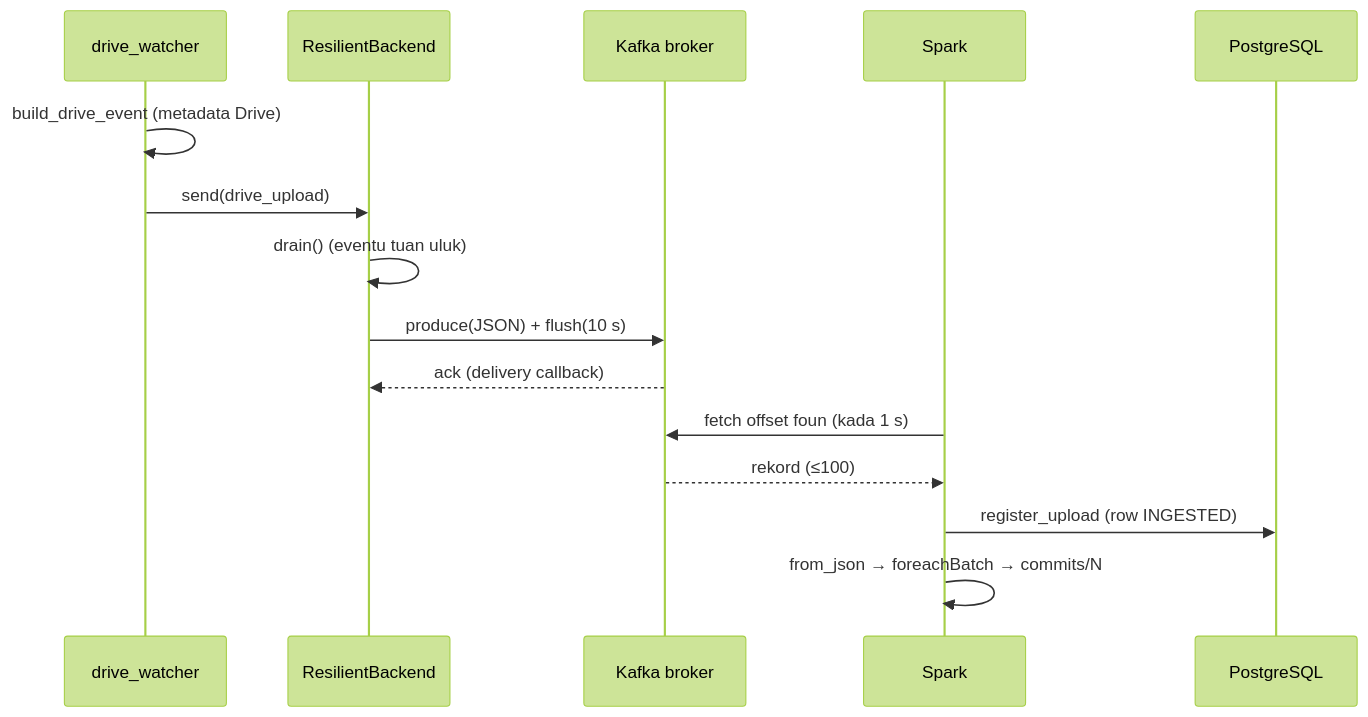
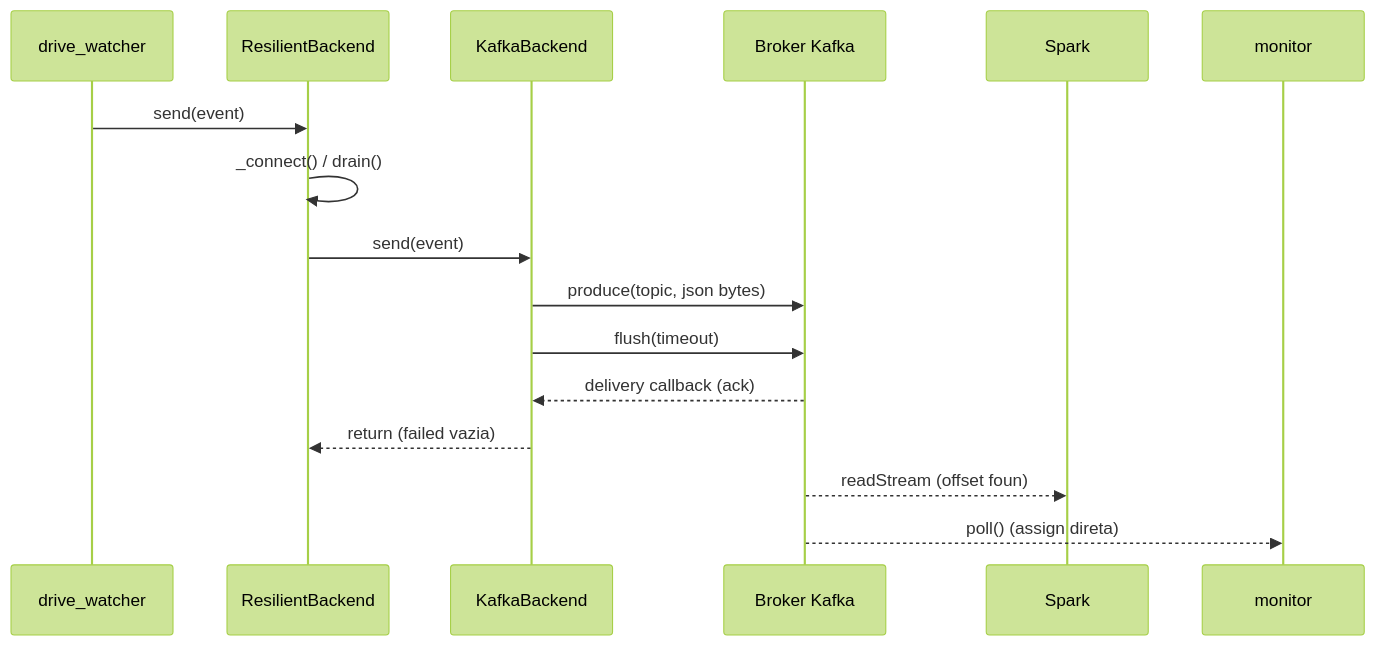
One commit to AOD-collab/-crop-disease-ews changed the second of 3 diagrams in documentation/technical_modules/src/02_kafka_module.md. Above: the diagram before and after it, drawn with Mermaid (forest theme). The commit also changed other lines of this file and 41 other files, not shown here.

````diff
--- a/documentation/technical_modules/src/02_kafka_module.md
+++ b/documentation/technical_modules/src/02_kafka_module.md
@@ -515,17 +198,18 @@
 ```mermaid
 sequenceDiagram
     participant W as drive_watcher
-    participant RB as ResilientBackend
-    participant K as Kafka broker
+    participant R as ResilientBackend
+    participant K as KafkaBackend
+    participant B as Broker Kafka
     participant S as Spark
-    participant DB as PostgreSQL
-    W->>W: build_drive_event (metadata Drive)
-    W->>RB: send(drive_upload)
-    RB->>RB: drain() (eventu tuan uluk)
-    RB->>K: produce(JSON) + flush(10 s)
-    K-->>RB: ack (delivery callback)
-    S->>K: fetch offset foun (kada 1 s)
-    K-->>S: rekord (≤100)
-    S->>DB: register_upload (row INGESTED)
-    S->>S: from_json → foreachBatch → commits/N
+    participant M as monitor
+    W->>R: send(event)
+    R->>R: _connect() / drain()
+    R->>K: send(event)
+    K->>B: produce(topic, json bytes)
+    K->>B: flush(timeout)
+    B-->>K: delivery callback (ack)
+    K-->>R: return (failed vazia)
+    B-->>S: readStream (offset foun)
+    B-->>M: poll() (assign direta)
 ```
````
